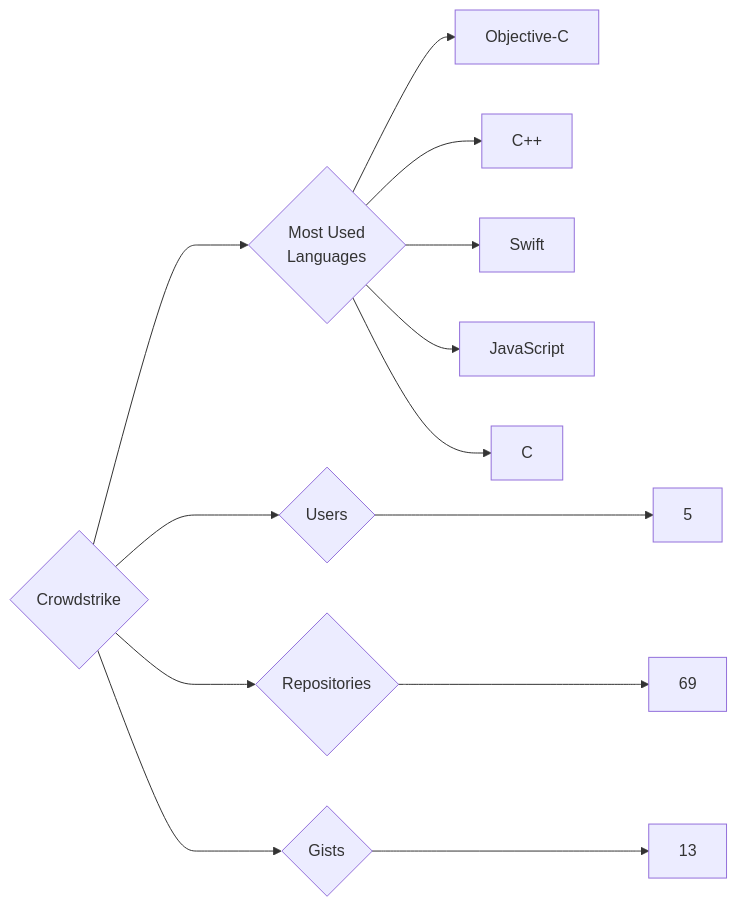
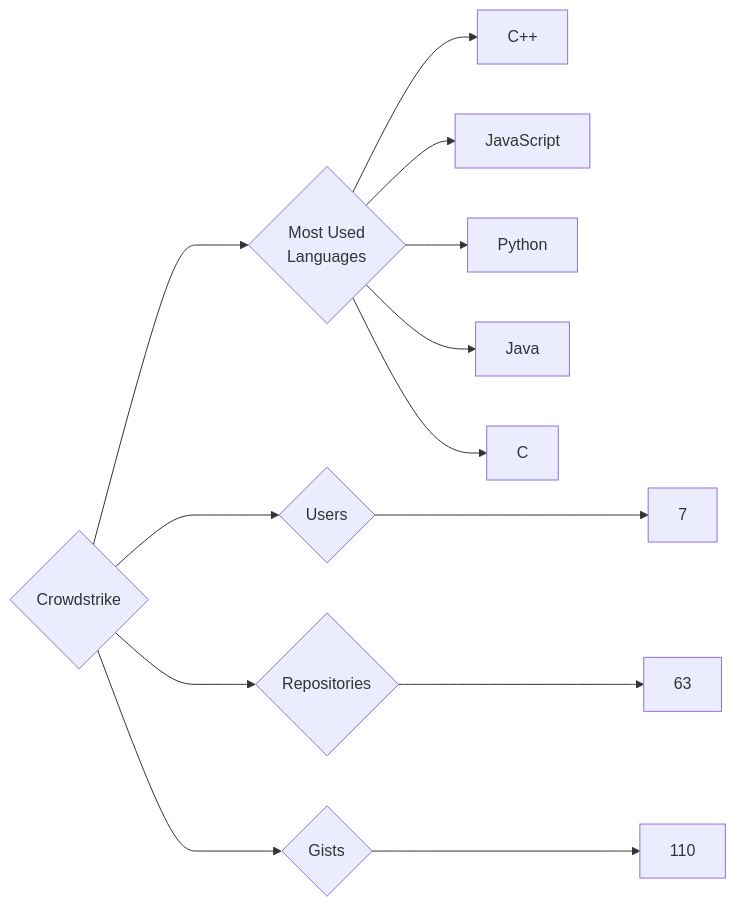
Before and after one commit to trickest/insiders: the diagram in targets/Crowdstrike/README.md, drawn with Mermaid. The commit also changed 1055 other files, not shown here.

````diff
--- a/targets/Crowdstrike/README.md
+++ b/targets/Crowdstrike/README.md
@@ -3,13 +3,13 @@
 ```mermaid
 graph LR
 COMPANY_NAME{Crowdstrike}
-COMPANY_NAME ---> U{Users} ---> UN[5]
-COMPANY_NAME ---> R{Repositories} ---> RN[69]
-COMPANY_NAME ---> G{Gists} ---> GN[13]
+COMPANY_NAME ---> U{Users} ---> UN[7]
+COMPANY_NAME ---> R{Repositories} ---> RN[63]
+COMPANY_NAME ---> G{Gists} ---> GN[110]
 COMPANY_NAME ---> ML{Most Used<br>Languages}
-ML --> Objective-C[Objective-C]
 ML --> C++[C++]
-ML --> Swift[Swift]
 ML --> JavaScript[JavaScript]
+ML --> Python[Python]
+ML --> Java[Java]
 ML --> C[C]
 ```
````
